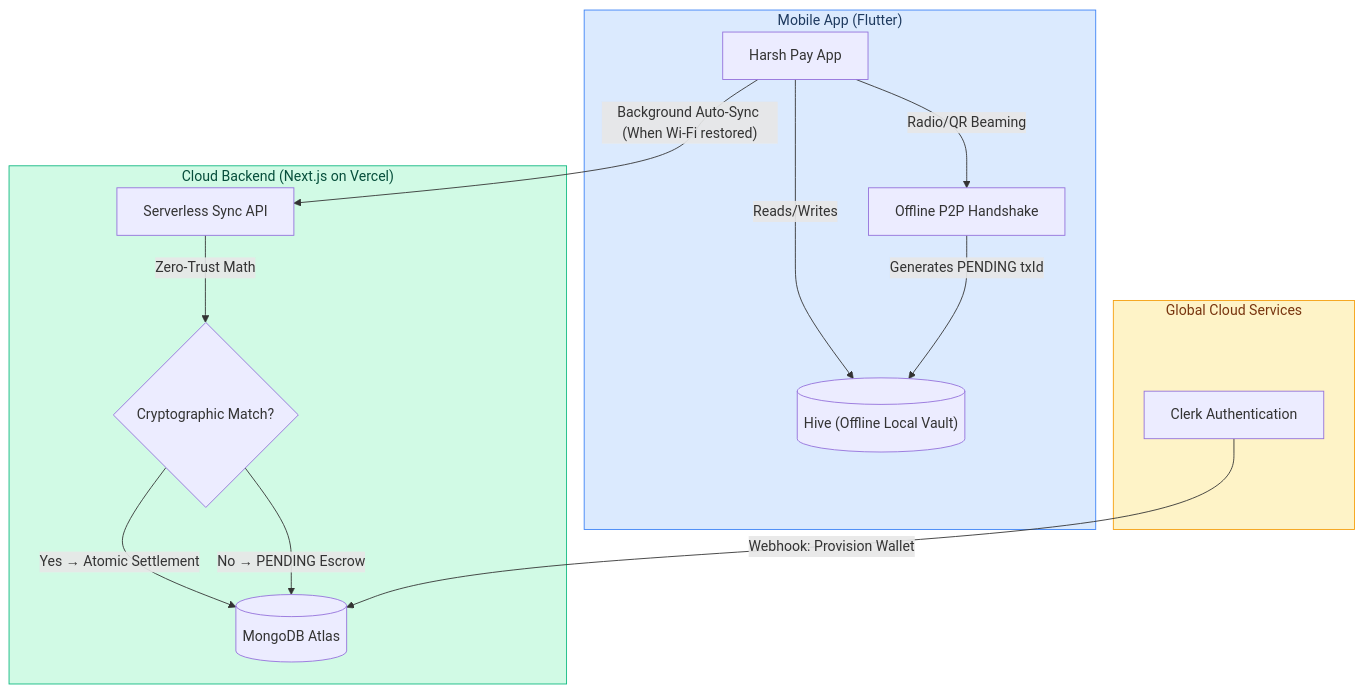
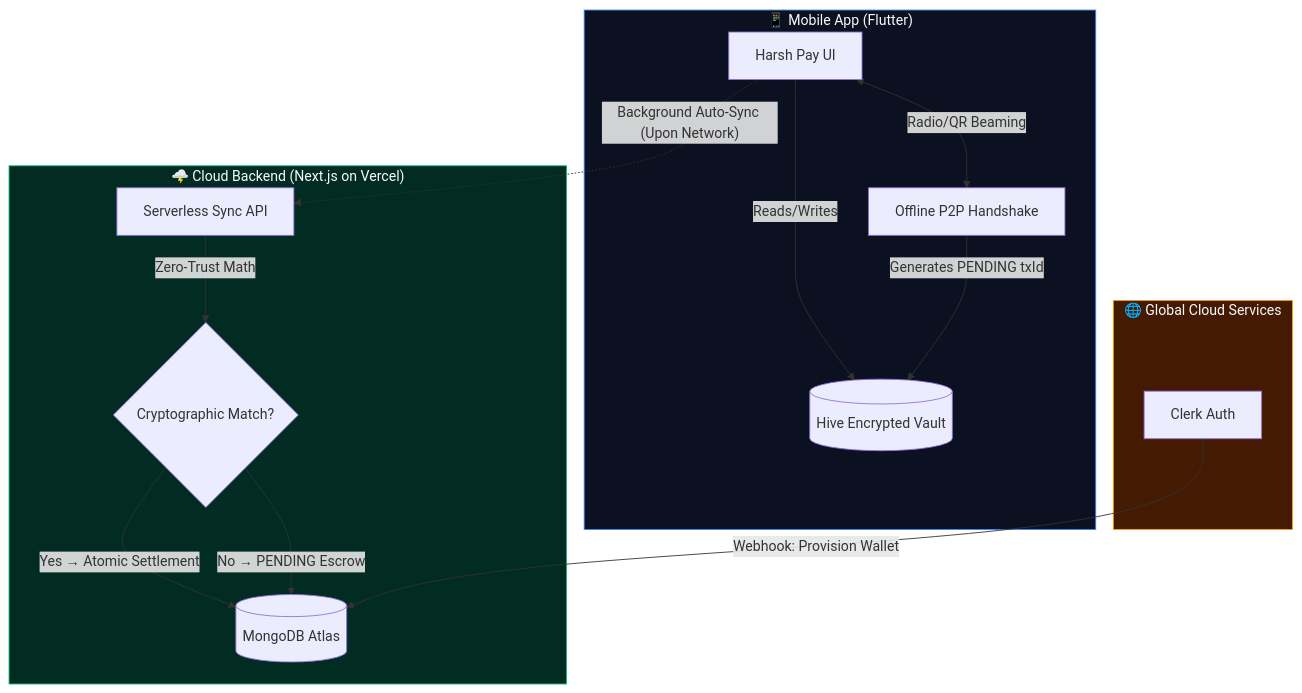
One commit to Harshkumar2306/Harsh-Pay-App changed the diagram in README.md. Above: the diagram before and after it, drawn with Mermaid. The commit also changed other lines of this file, not shown here.

````diff
--- a/README.md
+++ b/README.md
@@ -25,29 +69,29 @@
 ```mermaid
 graph TB
-    subgraph Mobile["Mobile App (Flutter)"]
-        UI["Harsh Pay App"]
-        HIVE[("Hive (Offline Local Vault)")]
+    subgraph Mobile["📱 Mobile App (Flutter)"]
+        UI["Harsh Pay UI"]
+        HIVE[("Hive Encrypted Vault")]
         UI -->|"Reads/Writes"| HIVE
-        UI -->|"Radio/QR Beaming"| OFFLINE["Offline P2P Handshake"]
+        UI <-->|"Radio/QR Beaming"| OFFLINE["Offline P2P Handshake"]
         OFFLINE -->|"Generates PENDING txId"| HIVE
     end
 
-    subgraph Backend["Cloud Backend (Next.js on Vercel)"]
+    subgraph Backend["🌩️ Cloud Backend (Next.js on Vercel)"]
         API["Serverless Sync API"]
         API -->|"Zero-Trust Math"| ESCROW{"Cryptographic Match?"}
         ESCROW -->|"Yes → Atomic Settlement"| DB
         ESCROW -->|"No → PENDING Escrow"| DB
     end
 
-    subgraph Infrastructure["Global Cloud Services"]
+    subgraph Infrastructure["🌐 Global Cloud Services"]
         DB[("MongoDB Atlas")]
-        CLERK["Clerk Authentication"]
+        CLERK["Clerk Auth"]
         CLERK -->|"Webhook: Provision Wallet"| DB
     end
 
-    UI -->|"Background Auto-Sync (When Wi-Fi restored)"| API
+    UI -.->|"Background Auto-Sync (Upon Network)"| API
 
-    style Mobile fill:#dbeafe,stroke:#3b82f6,color:#1e3a5f
-    style Backend fill:#d1fae5,stroke:#10b981,color:#064e3b
-    style Infrastructure fill:#fef3c7,stroke:#f59e0b,color:#78350f
+    style Mobile fill:#0b1120,stroke:#3b82f6,color:#f8fafc
+    style Backend fill:#022c22,stroke:#10b981,color:#f8fafc
+    style Infrastructure fill:#451a03,stroke:#f59e0b,color:#f8fafc
 ```
````
